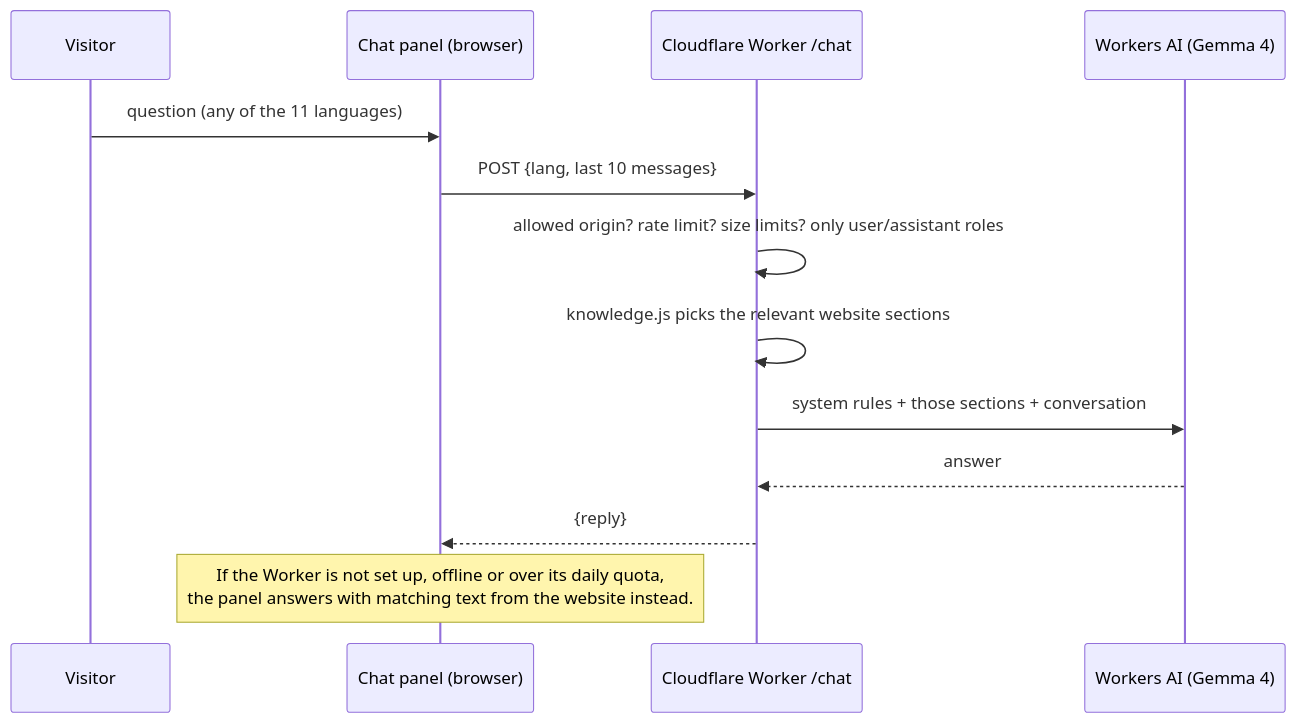
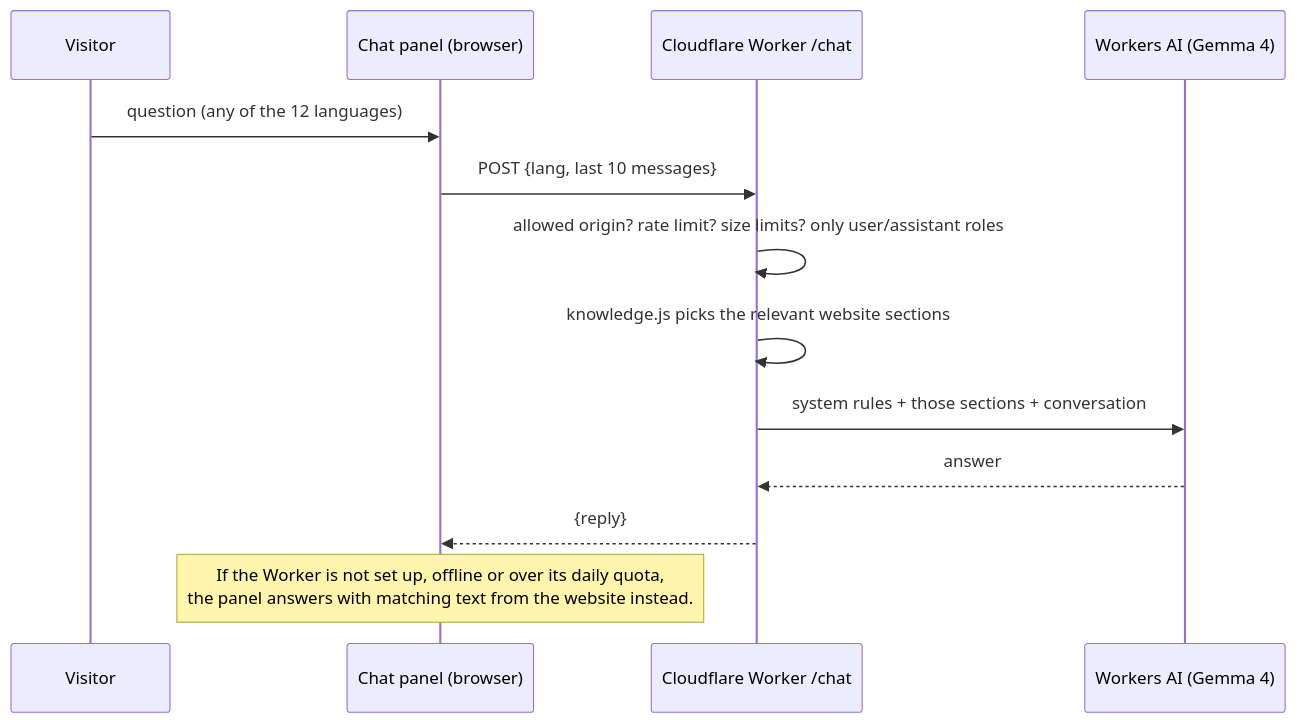
The third of 3 diagrams in README.md (CodeMitVishal/CodeMitVishal.github.io), drawn with Mermaid before and after one commit. The commit also changed other lines of this file and 6 other files, not shown here.

````diff
--- a/README.md
+++ b/README.md
@@ -71,15 +71,15 @@
 ```mermaid
 sequenceDiagram
   participant V as Visitor
   participant C as Chat panel (browser)
   participant W as Cloudflare Worker /chat
   participant A as Workers AI (Gemma 4)
-  V->>C: question (any of the 11 languages)
+  V->>C: question (any of the 12 languages)
   C->>W: POST {lang, last 10 messages}
   W->>W: allowed origin? rate limit? size limits? only user/assistant roles
   W->>W: knowledge.js picks the relevant website sections
   W->>A: system rules + those sections + conversation
   A-->>W: answer
   W-->>C: {reply}
   Note over C: If the Worker is not set up, offline or over its daily quota,<br/>the panel answers with matching text from the website instead.
 ```
````
